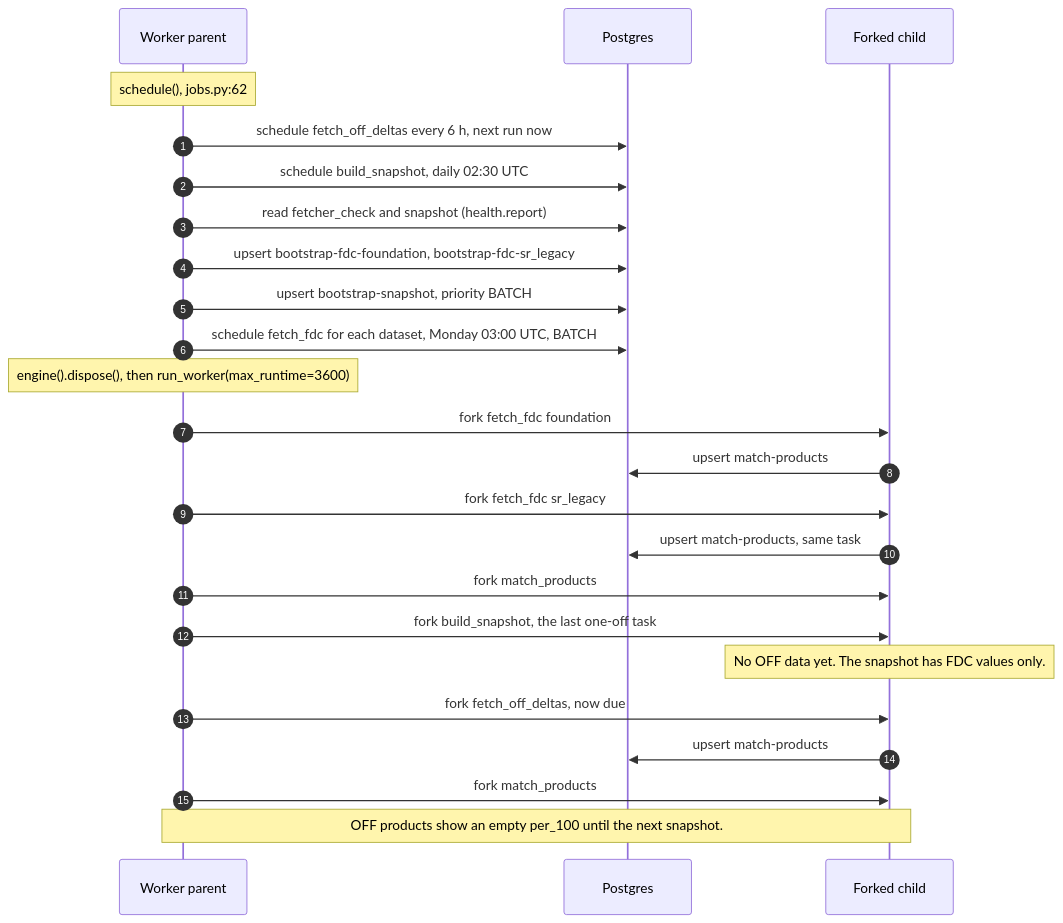
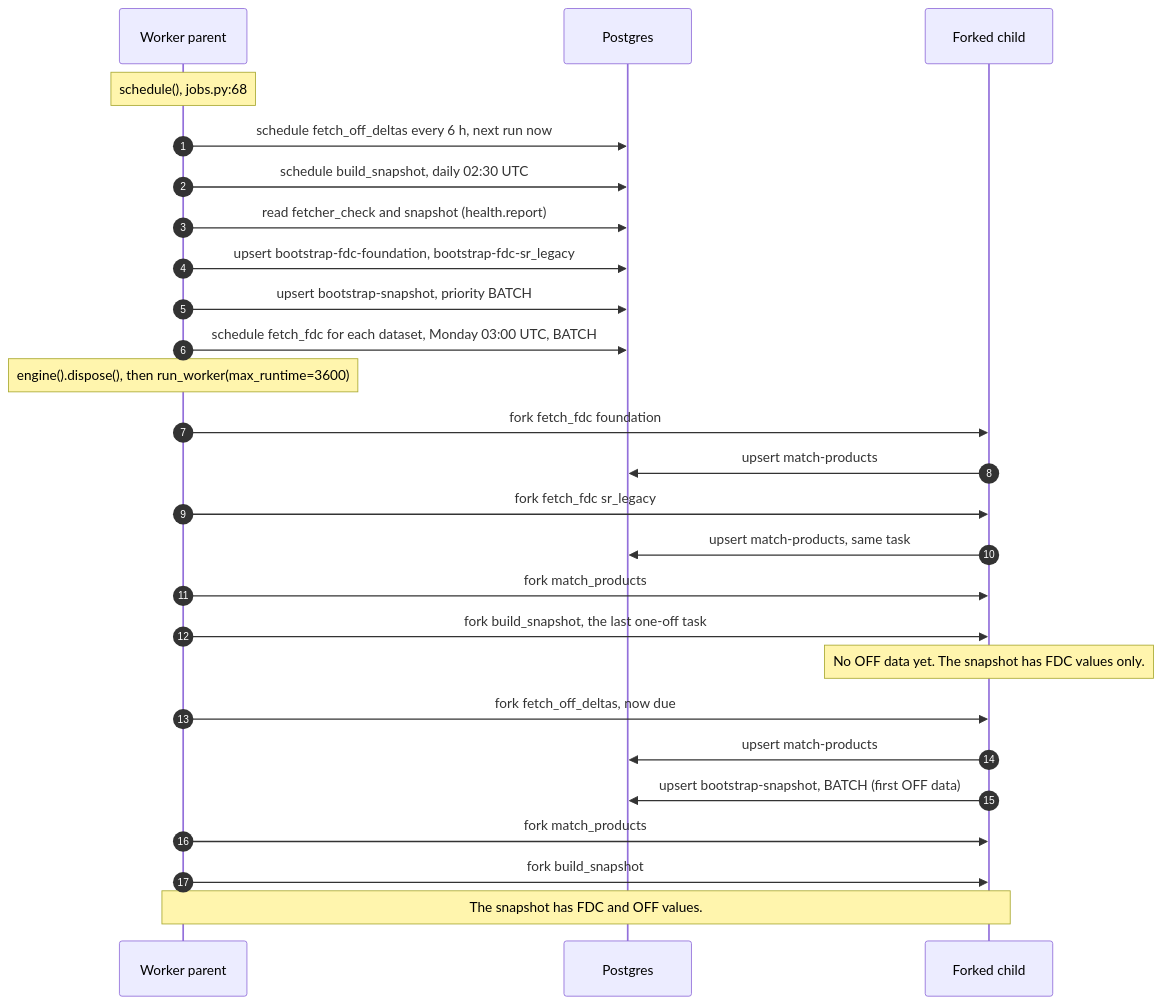
Before and after one commit to eait-fit/fooddb: the fourth of 8 diagrams in docs/architecture.md, drawn with Mermaid. The commit also changed other lines of this file and 4 other files, not shown here.

First line of the commit message:
fix: first boot serves OFF values without a manual snapshot (#18)

````diff
--- a/docs/architecture.md
+++ b/docs/architecture.md
@@ -235,26 +236,28 @@
 ```mermaid
 sequenceDiagram
     autonumber
     participant W as Worker parent
     participant Q as Postgres
     participant C as Forked child
-    Note over W: schedule(), jobs.py:62
+    Note over W: schedule(), jobs.py:68
     W->>Q: schedule fetch_off_deltas every 6 h, next run now
     W->>Q: schedule build_snapshot, daily 02:30 UTC
     W->>Q: read fetcher_check and snapshot (health.report)
     W->>Q: upsert bootstrap-fdc-foundation, bootstrap-fdc-sr_legacy
     W->>Q: upsert bootstrap-snapshot, priority BATCH
     W->>Q: schedule fetch_fdc for each dataset, Monday 03:00 UTC, BATCH
     Note over W: engine().dispose(), then run_worker(max_runtime=3600)
     W->>C: fork fetch_fdc foundation
     C->>Q: upsert match-products
     W->>C: fork fetch_fdc sr_legacy
     C->>Q: upsert match-products, same task
     W->>C: fork match_products
     W->>C: fork build_snapshot, the last one-off task
     Note over C: No OFF data yet. The snapshot has FDC values only.
     W->>C: fork fetch_off_deltas, now due
     C->>Q: upsert match-products
+    C->>Q: upsert bootstrap-snapshot, BATCH (first OFF data)
     W->>C: fork match_products
-    Note over W,C: OFF products show an empty per_100 until the next snapshot.
+    W->>C: fork build_snapshot
+    Note over W,C: The snapshot has FDC and OFF values.
 ```
````
